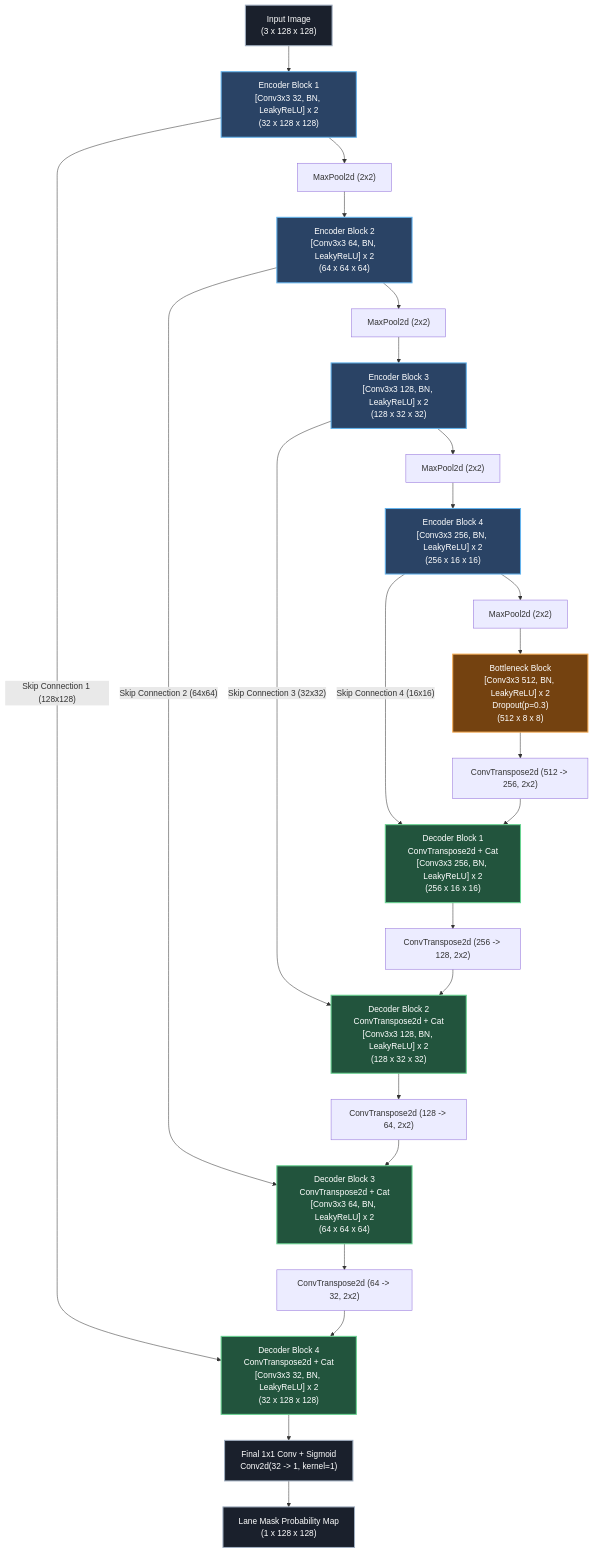
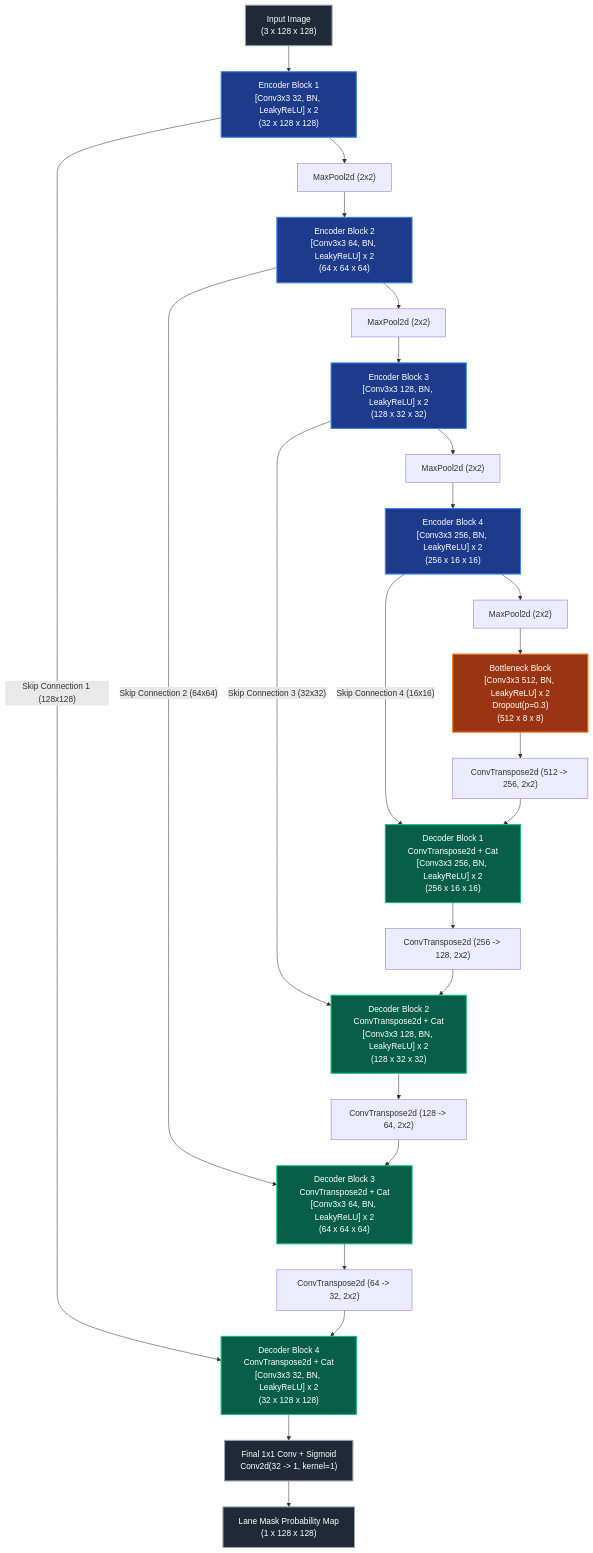
The diagram in custom-unet-architecture.md (Peeranatz/Assignment-10), drawn with Mermaid before and after one commit. The commit also changed other lines of this file and 1 other file, not shown here.

Commit message:
Update documentation: Complete Thai README and architecture specifications

````diff
--- a/custom-unet-architecture.md
+++ b/custom-unet-architecture.md
@@ -21,46 +26,46 @@
 ```mermaid
 flowchart TD
     Input["Input Image<br/>(3 x 128 x 128)"] --> Enc1["Encoder Block 1<br/>[Conv3x3 32, BN, LeakyReLU] x 2<br/>(32 x 128 x 128)"]
     
     Enc1 -->|"Skip Connection 1 (128x128)"| Dec4["Decoder Block 4<br/>ConvTranspose2d + Cat<br/>[Conv3x3 32, BN, LeakyReLU] x 2<br/>(32 x 128 x 128)"]
     Enc1 --> Pool1["MaxPool2d (2x2)"]
     
     Pool1 --> Enc2["Encoder Block 2<br/>[Conv3x3 64, BN, LeakyReLU] x 2<br/>(64 x 64 x 64)"]
     Enc2 -->|"Skip Connection 2 (64x64)"| Dec3["Decoder Block 3<br/>ConvTranspose2d + Cat<br/>[Conv3x3 64, BN, LeakyReLU] x 2<br/>(64 x 64 x 64)"]
     Enc2 --> Pool2["MaxPool2d (2x2)"]
     
     Pool2 --> Enc3["Encoder Block 3<br/>[Conv3x3 128, BN, LeakyReLU] x 2<br/>(128 x 32 x 32)"]
     Enc3 -->|"Skip Connection 3 (32x32)"| Dec2["Decoder Block 2<br/>ConvTranspose2d + Cat<br/>[Conv3x3 128, BN, LeakyReLU] x 2<br/>(128 x 32 x 32)"]
     Enc3 --> Pool3["MaxPool2d (2x2)"]
     
     Pool3 --> Enc4["Encoder Block 4<br/>[Conv3x3 256, BN, LeakyReLU] x 2<br/>(256 x 16 x 16)"]
     Enc4 -->|"Skip Connection 4 (16x16)"| Dec1["Decoder Block 1<br/>ConvTranspose2d + Cat<br/>[Conv3x3 256, BN, LeakyReLU] x 2<br/>(256 x 16 x 16)"]
     Enc4 --> Pool4["MaxPool2d (2x2)"]
     
     Pool4 --> Bottleneck["Bottleneck Block<br/>[Conv3x3 512, BN, LeakyReLU] x 2<br/>Dropout(p=0.3)<br/>(512 x 8 x 8)"]
     
     Bottleneck --> Up1["ConvTranspose2d (512 -> 256, 2x2)"]
     Up1 --> Dec1
     
     Dec1 --> Up2["ConvTranspose2d (256 -> 128, 2x2)"]
     Up2 --> Dec2
     
     Dec2 --> Up3["ConvTranspose2d (128 -> 64, 2x2)"]
     Up3 --> Dec3
     
     Dec3 --> Up4["ConvTranspose2d (64 -> 32, 2x2)"]
     Up4 --> Dec4
     
     Dec4 --> OutConv["Final 1x1 Conv + Sigmoid<br/>Conv2d(32 -> 1, kernel=1)"]
     OutConv --> Output["Lane Mask Probability Map<br/>(1 x 128 x 128)"]
 
-    classDef enc fill:#2a4365,stroke:#63b3ed,stroke-width:2px,color:#fff;
-    classDef dec fill:#22543d,stroke:#68d391,stroke-width:2px,color:#fff;
-    classDef bot fill:#744210,stroke:#f6ad55,stroke-width:2px,color:#fff;
-    classDef io fill:#1a202c,stroke:#a0aec0,stroke-width:2px,color:#fff;
+    classDef enc fill:#1e3a8a,stroke:#3b82f6,stroke-width:2px,color:#fff;
+    classDef dec fill:#065f46,stroke:#10b981,stroke-width:2px,color:#fff;
+    classDef bot fill:#9a3412,stroke:#f97316,stroke-width:2px,color:#fff;
+    classDef io fill:#1f2937,stroke:#9ca3af,stroke-width:2px,color:#fff;
     
     class Input,Output,OutConv io;
     class Enc1,Enc2,Enc3,Enc4 enc;
     class Dec1,Dec2,Dec3,Dec4 dec;
     class Bottleneck bot;
 ```
````
